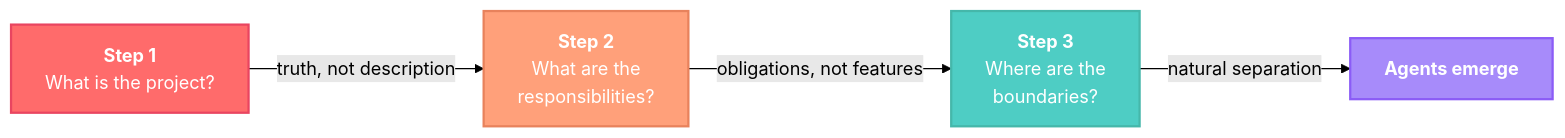
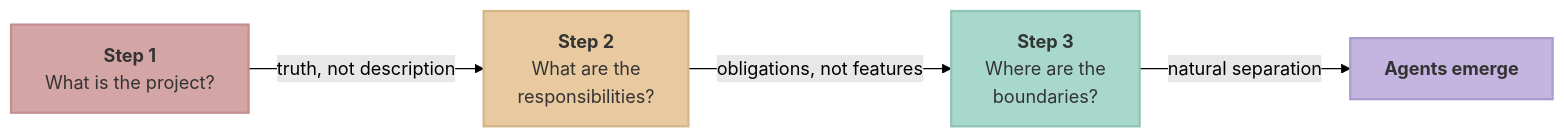
One commit to block3-io/block3-start changed the second of 5 diagrams in README.md. Above: the diagram before and after it, drawn with Mermaid (forest theme). The commit also changed other lines of this file, not shown here.

Commit message:
Unify all diagrams to pastel palette

````diff
--- a/README.md
+++ b/README.md
@@ -58,16 +58,16 @@
 ```mermaid
 graph LR
     S1["<b>Step 1</b><br/>What is the project?"]
     S2["<b>Step 2</b><br/>What are the<br/>responsibilities?"]
     S3["<b>Step 3</b><br/>Where are the<br/>boundaries?"]
     AG["<b>Agents emerge</b>"]
 
     S1 -->|"truth, not description"| S2
     S2 -->|"obligations, not features"| S3
     S3 -->|"natural separation"| AG
 
-    style S1 fill:#ff6b6b,stroke:#e94560,color:#fff,stroke-width:2px
-    style S2 fill:#ffa07a,stroke:#e8825c,color:#fff,stroke-width:2px
-    style S3 fill:#4ecdc4,stroke:#45b7aa,color:#fff,stroke-width:2px
-    style AG fill:#a78bfa,stroke:#8b5cf6,color:#fff,stroke-width:2px
+    style S1 fill:#d4a5a5,stroke:#c48e8e,color:#333,stroke-width:2px
+    style S2 fill:#e8c9a0,stroke:#d4b68a,color:#333,stroke-width:2px
+    style S3 fill:#a8d8cb,stroke:#8ec4b5,color:#333,stroke-width:2px
+    style AG fill:#c4b5e0,stroke:#ab9ccb,color:#333,stroke-width:2px
 ```
````
